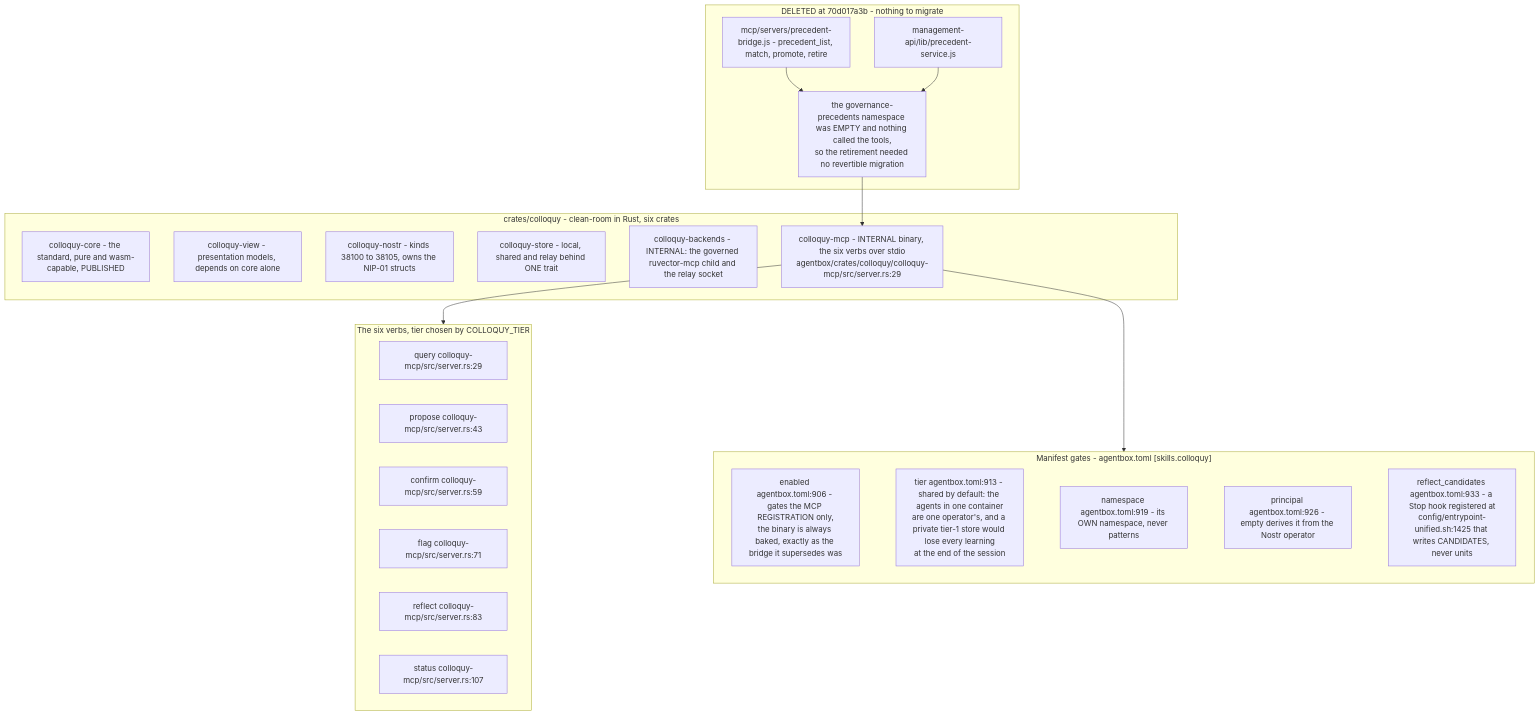
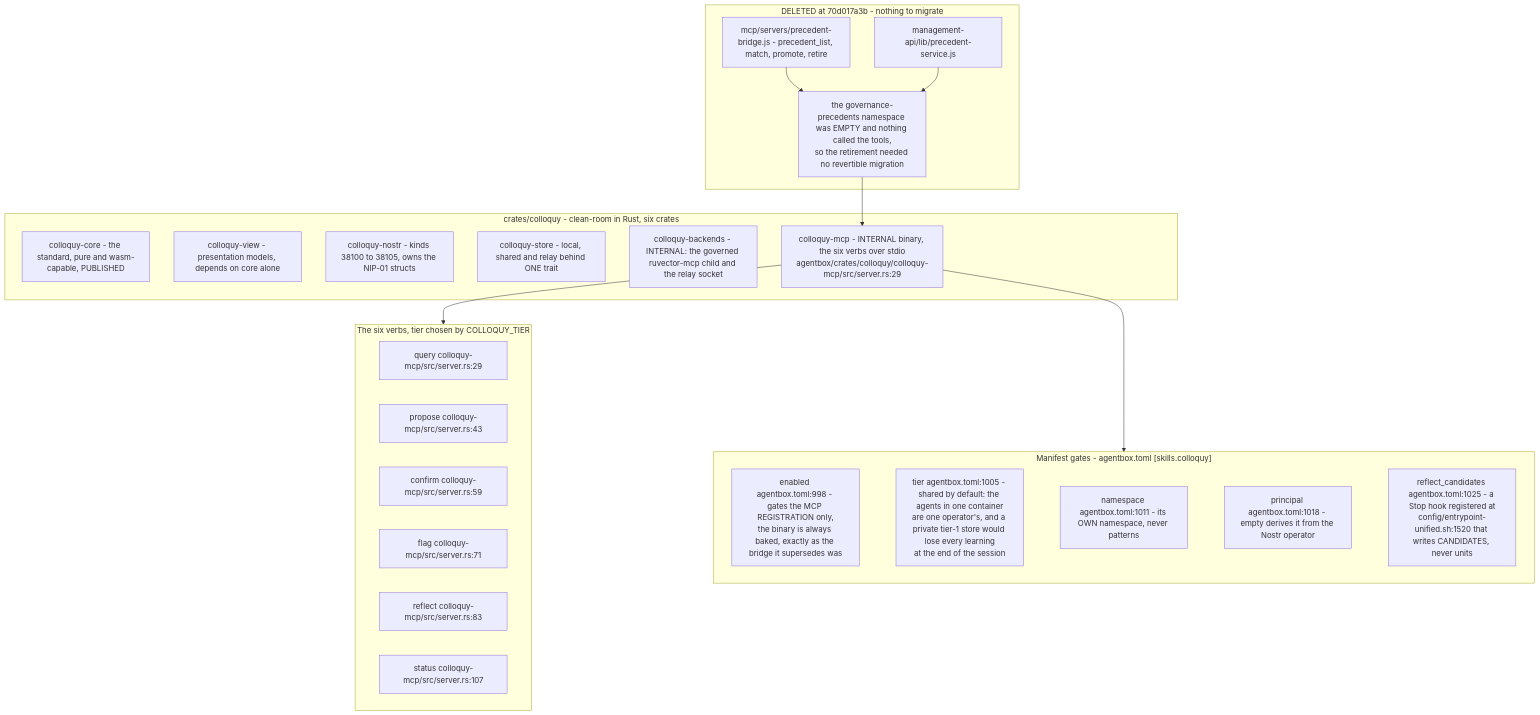
Before and after one commit to DreamLab-AI/VisionFlow: the ninth of 10 diagrams in docs/diagrams/agentbox/28-agentbox-services-and-manifest-binary.md, drawn with Mermaid. The commit also changed other lines of this file and 94 other files, not shown here.

First line of the commit message:
docs(diagrams): re-verify 130 topics against 2 October HEADs

````diff
--- a/docs/diagrams/agentbox/28-agentbox-services-and-manifest-binary.md
+++ b/docs/diagrams/agentbox/28-agentbox-services-and-manifest-binary.md
@@ -404,37 +396,37 @@
 ```mermaid
 flowchart TB
     subgraph gone["DELETED at 70d017a3b - nothing to migrate"]
         G1["mcp/servers/precedent-bridge.js - precedent_list, match, promote, retire"]
         G2["management-api/lib/precedent-service.js"]
         G3["the governance-precedents namespace was EMPTY and nothing called the tools,<br/>so the retirement needed no revertible migration"]
         G1 --> G3
         G2 --> G3
     end
     subgraph crates["crates/colloquy - clean-room in Rust, six crates"]
         P1["colloquy-core - the standard, pure and wasm-capable, PUBLISHED"]
         P2["colloquy-view - presentation models, depends on core alone"]
         P3["colloquy-nostr - kinds 38100 to 38105, owns the NIP-01 structs"]
         P4["colloquy-store - local, shared and relay behind ONE trait"]
         P5["colloquy-backends - INTERNAL: the governed ruvector-mcp child and the relay socket"]
         P6["colloquy-mcp - INTERNAL binary, the six verbs over stdio<br/>agentbox/crates/colloquy/colloquy-mcp/src/server.rs:29"]
     end
     G3 --> P6
     subgraph verbs["The six verbs, tier chosen by COLLOQUY_TIER"]
         V1["query colloquy-mcp/src/server.rs:29"]
         V2["propose colloquy-mcp/src/server.rs:43"]
         V3["confirm colloquy-mcp/src/server.rs:59"]
         V4["flag colloquy-mcp/src/server.rs:71"]
         V5["reflect colloquy-mcp/src/server.rs:83"]
         V6["status colloquy-mcp/src/server.rs:107"]
     end
     P6 --> verbs
     subgraph gates["Manifest gates - agentbox.toml [skills.colloquy]"]
-        M1["enabled agentbox.toml:906 - gates the MCP REGISTRATION only,<br/>the binary is always baked, exactly as the bridge it supersedes was"]
-        M2["tier agentbox.toml:913 - shared by default: the agents in one container<br/>are one operator's, and a private tier-1 store would lose every learning<br/>at the end of the session"]
-        M3["namespace agentbox.toml:919 - its OWN namespace, never patterns"]
-        M4["principal agentbox.toml:926 - empty derives it from the Nostr operator"]
-        M5["reflect_candidates agentbox.toml:933 - a Stop hook registered at<br/>config/entrypoint-unified.sh:1425 that writes CANDIDATES, never units"]
+        M1["enabled agentbox.toml:998 - gates the MCP REGISTRATION only,<br/>the binary is always baked, exactly as the bridge it supersedes was"]
+        M2["tier agentbox.toml:1005 - shared by default: the agents in one container<br/>are one operator's, and a private tier-1 store would lose every learning<br/>at the end of the session"]
+        M3["namespace agentbox.toml:1011 - its OWN namespace, never patterns"]
+        M4["principal agentbox.toml:1018 - empty derives it from the Nostr operator"]
+        M5["reflect_candidates agentbox.toml:1025 - a Stop hook registered at<br/>config/entrypoint-unified.sh:1520 that writes CANDIDATES, never units"]
         M1 ~~~ M2 ~~~ M3 ~~~ M4 ~~~ M5
     end
     P6 --> gates
 ```
````
